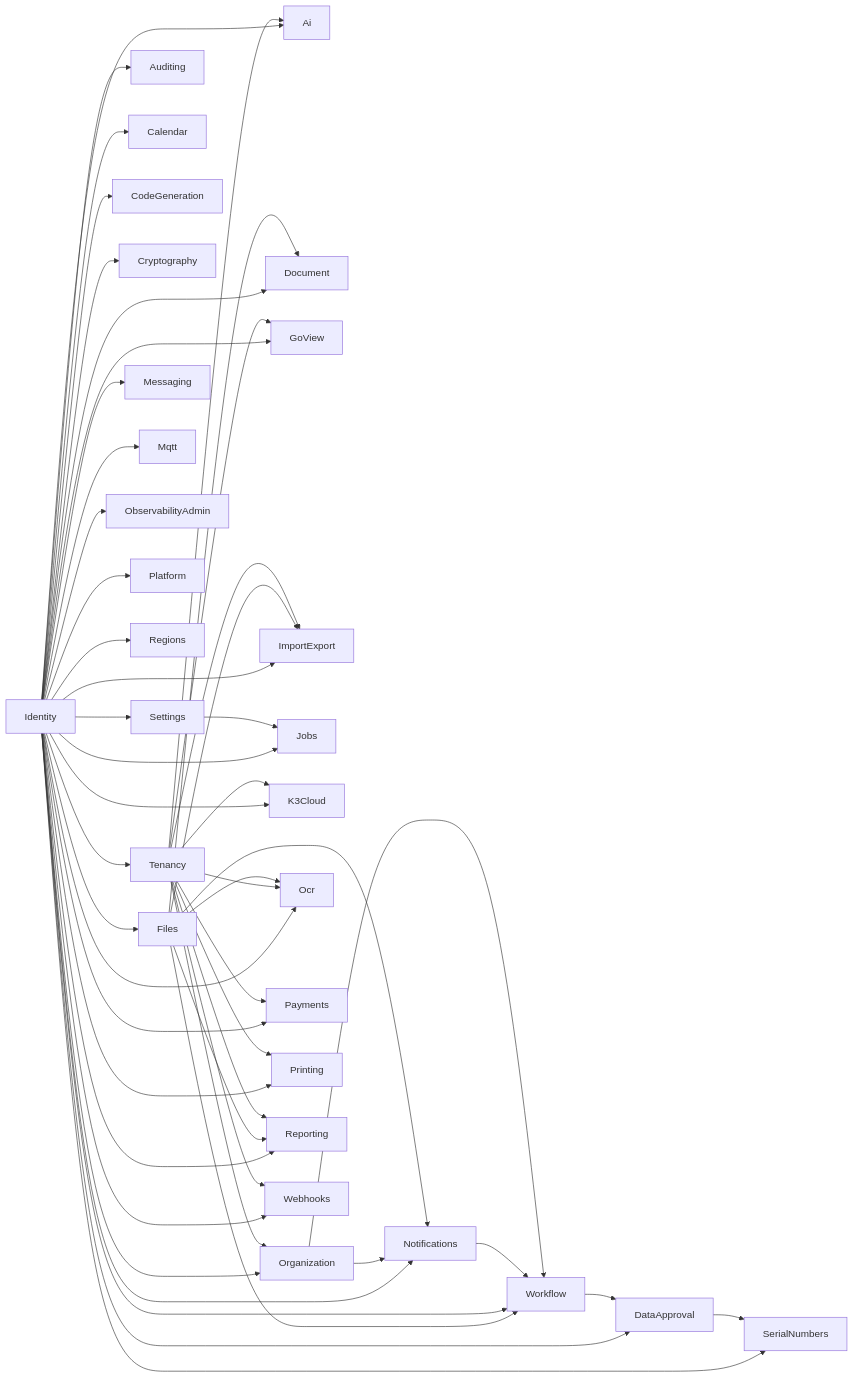
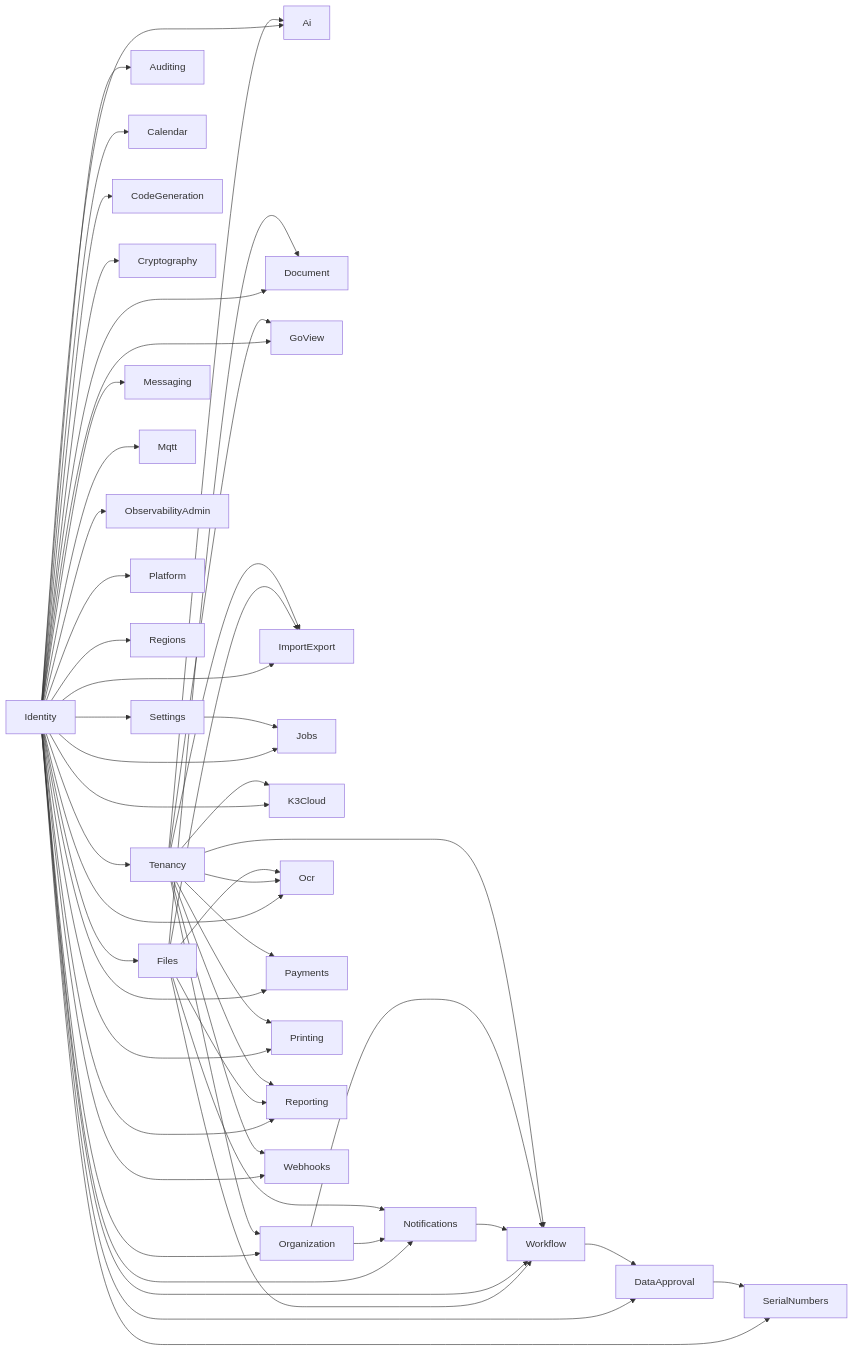
One commit to yan041108/Full.NET changed the diagram in docs/operations/module-dependency-graph.mmd. Above: the diagram before and after it, drawn with Mermaid. The commit also changed 27 other files, not shown here.

```diff
--- a/docs/operations/module-dependency-graph.mmd
+++ b/docs/operations/module-dependency-graph.mmd
@@ -1,53 +1,54 @@
 %% 自动生成：pnpm run generate:module-dependency-graph
 %% 源：src/Modules/*Module.cs IFullNetModule.Dependencies
 flowchart LR
   Identity --> Ai
   Tenancy --> Ai
   Identity --> Auditing
   Identity --> Calendar
   Identity --> CodeGeneration
   Identity --> Cryptography
   Identity --> DataApproval
   Workflow --> DataApproval
   Identity --> Document
   Files --> Document
   Identity --> Files
   Identity --> GoView
   Tenancy --> GoView
   Identity --> ImportExport
   Files --> ImportExport
   Tenancy --> ImportExport
   Identity --> Jobs
   Settings --> Jobs
   Identity --> K3Cloud
   Tenancy --> K3Cloud
   Identity --> Messaging
   Identity --> Mqtt
   Identity --> Notifications
   Organization --> Notifications
   Files --> Notifications
   Identity --> ObservabilityAdmin
   Identity --> Ocr
   Tenancy --> Ocr
   Files --> Ocr
   Identity --> Organization
   Tenancy --> Organization
   Identity --> Payments
   Tenancy --> Payments
   Identity --> Platform
   Identity --> Printing
   Tenancy --> Printing
   Identity --> Regions
   Identity --> Reporting
   Files --> Reporting
   Tenancy --> Reporting
   Identity --> SerialNumbers
   DataApproval --> SerialNumbers
   Identity --> Settings
   Identity --> Tenancy
   Identity --> Webhooks
   Tenancy --> Webhooks
   Files --> Workflow
   Identity --> Workflow
   Notifications --> Workflow
   Organization --> Workflow
+  Tenancy --> Workflow
```
